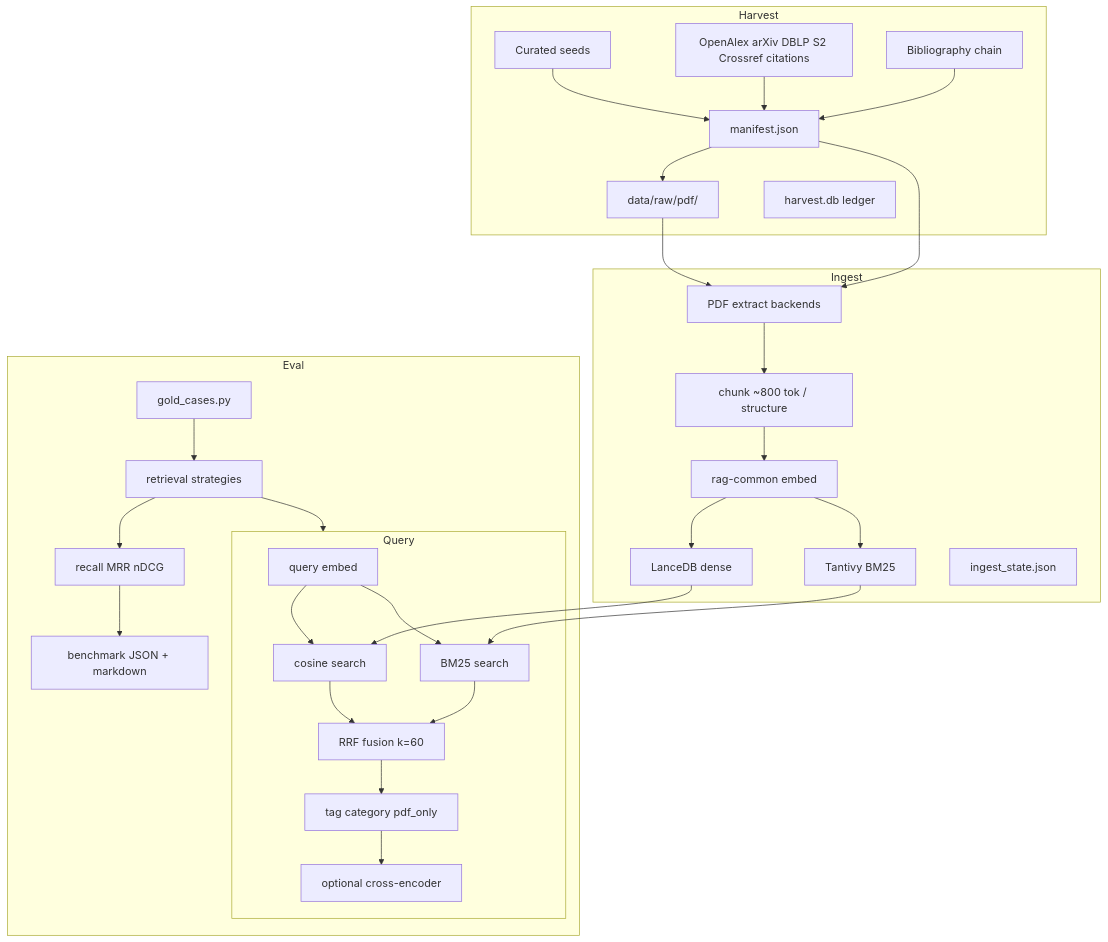
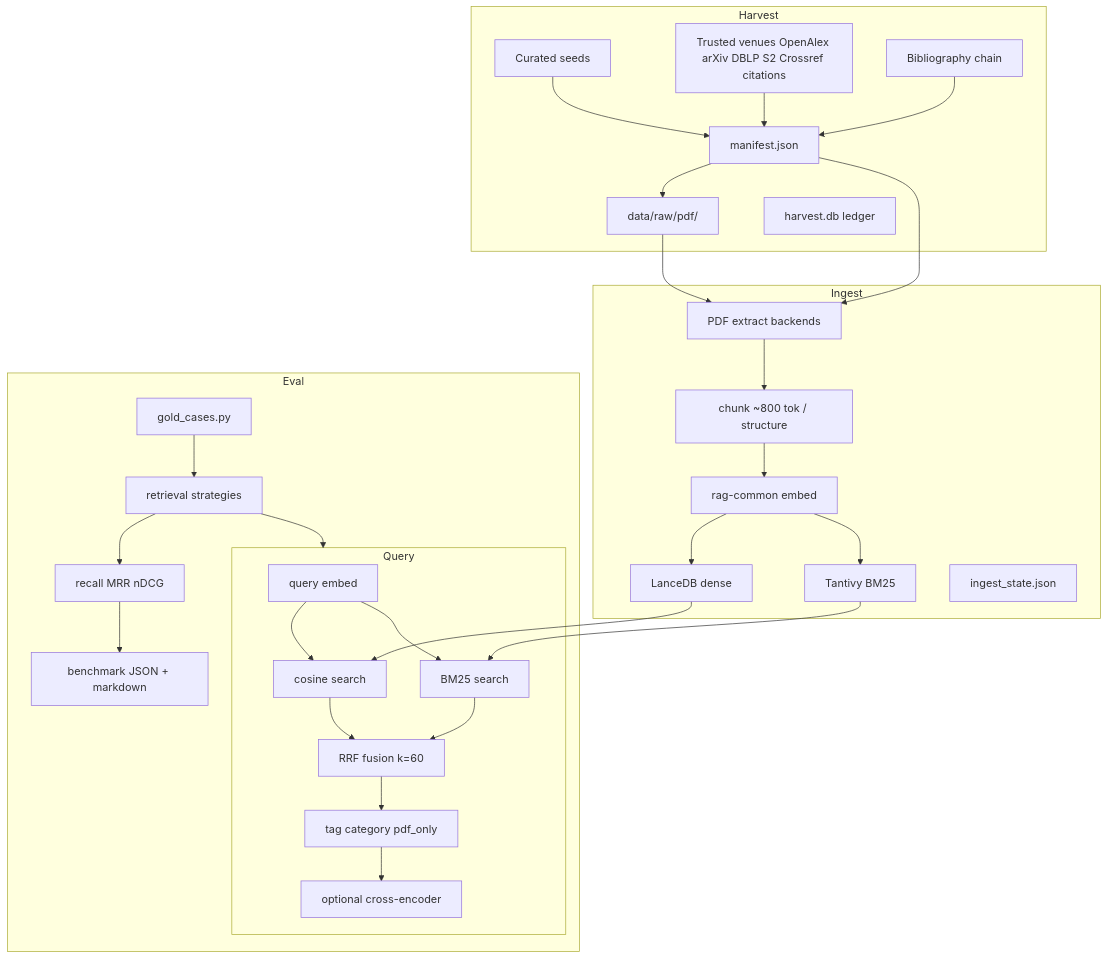
The diagram in graph-layout-rag/ARCHITECTURE.md (TusharSariya/excalidraw-tf-rag), drawn with Mermaid before and after one commit. The commit also changed other lines of this file and 460 other files, not shown here.

````diff
--- a/graph-layout-rag/ARCHITECTURE.md
+++ b/graph-layout-rag/ARCHITECTURE.md
@@ -73,35 +73,35 @@
 ```mermaid
 flowchart TB
   subgraph harvest [Harvest]
     Seeds[Curated seeds] --> Manifest
-    Discovery[OpenAlex arXiv DBLP S2 Crossref citations] --> Manifest
+    Discovery[Trusted venues OpenAlex arXiv DBLP S2 Crossref citations] --> Manifest
     BibChain[Bibliography chain] --> Manifest
     Manifest[manifest.json] --> PDFs[data/raw/pdf/]
     Ledger[harvest.db ledger]
   end
   subgraph ingest [Ingest]
     Extract[PDF extract backends] --> Chunk["chunk ~800 tok / structure"]
     Chunk --> Embed[rag-common embed]
     Embed --> Lance[LanceDB dense]
     Embed --> BM25[Tantivy BM25]
     State[ingest_state.json]
   end
   subgraph query [Query]
     QEmbed[query embed] --> Dense[cosine search]
     QEmbed --> Sparse[BM25 search]
     Dense --> RRF["RRF fusion k=60"]
     Sparse --> RRF
     RRF --> Filters[tag category pdf_only]
     Filters --> Rerank[optional cross-encoder]
   end
   subgraph eval [Eval]
     Gold[gold_cases.py] --> Strategies[retrieval strategies]
     Strategies --> query
     Strategies --> Metrics[recall MRR nDCG]
     Metrics --> Report[benchmark JSON + markdown]
   end
   Manifest --> Extract
   PDFs --> Extract
   Lance --> Dense
   BM25 --> Sparse
 ```
````
